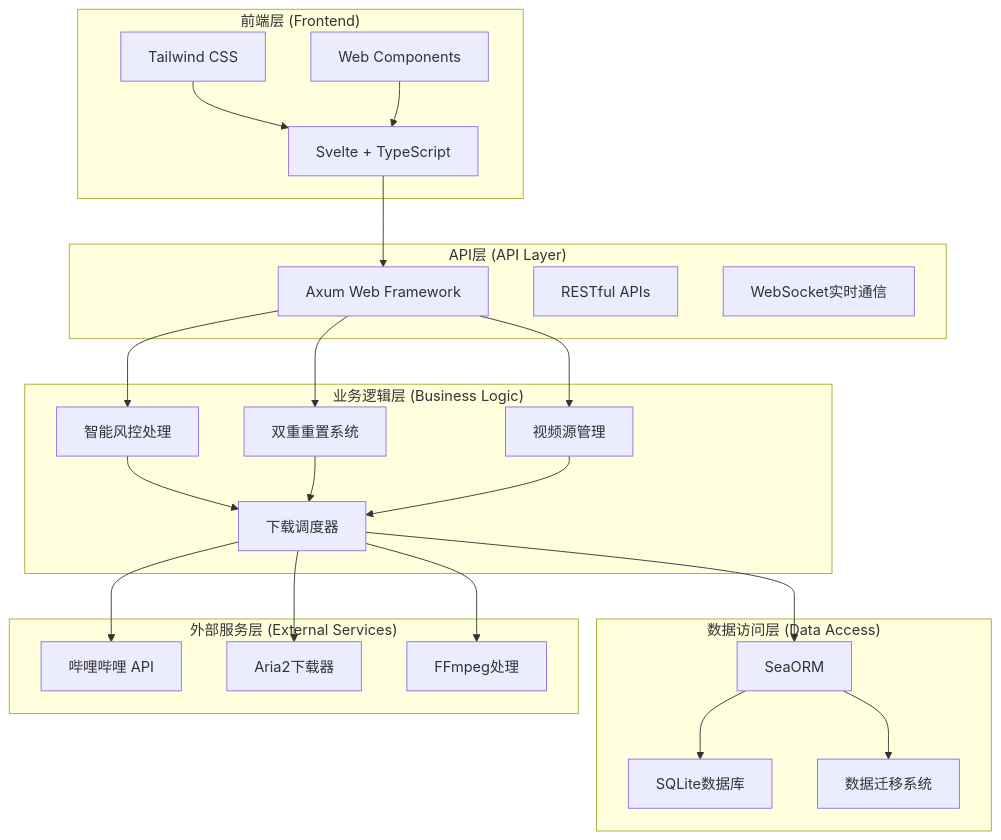
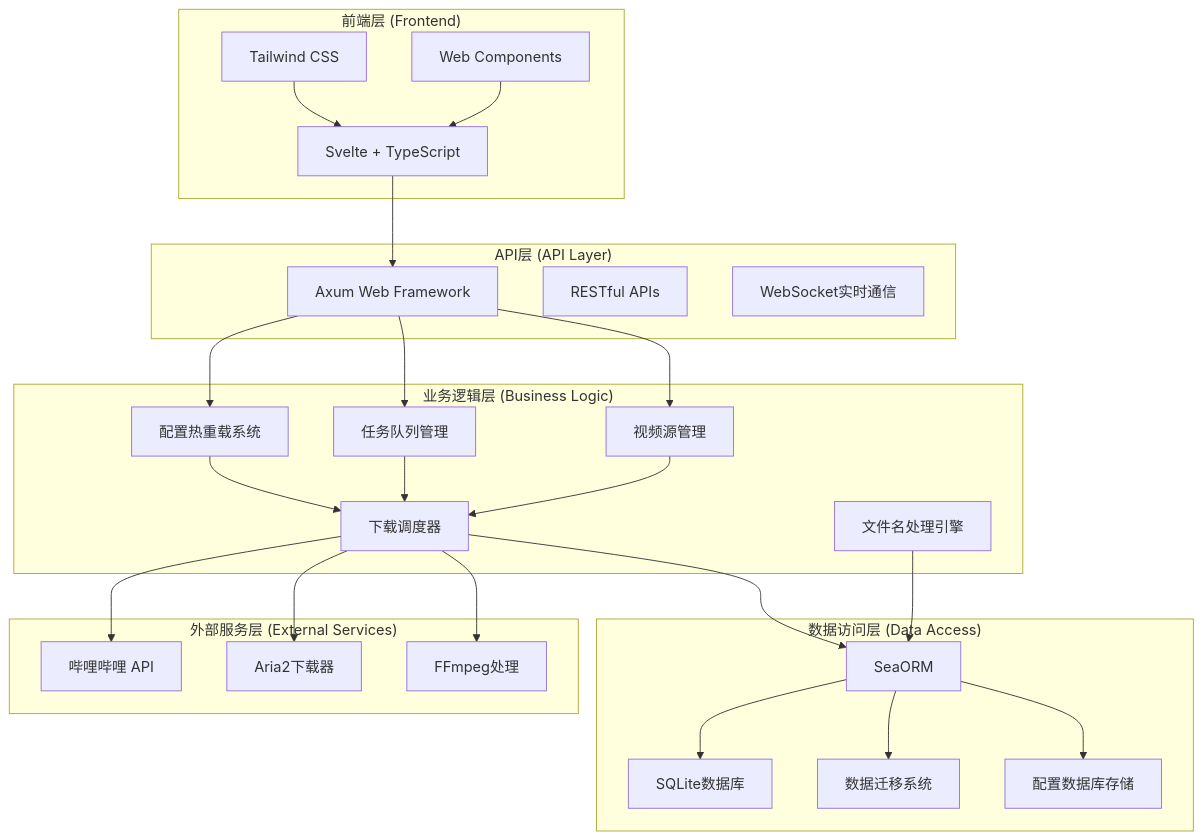
One commit to tonylu00/bili-sync changed the first of 2 diagrams in docs/technical-architecture.md. Above: the diagram before and after it, drawn with Mermaid. The commit also changed other lines of this file and 6 other files, not shown here.

````diff
--- a/docs/technical-architecture.md
+++ b/docs/technical-architecture.md
@@ -14,49 +14,53 @@
 ```mermaid
 graph TB
     subgraph "前端层 (Frontend)"
         A[Svelte + TypeScript]
         B[Tailwind CSS]
         C[Web Components]
     end
     
     subgraph "API层 (API Layer)"
         D[Axum Web Framework]
         E[RESTful APIs]
         F[WebSocket实时通信]
     end
     
     subgraph "业务逻辑层 (Business Logic)"
-        G[智能风控处理]
-        H[双重重置系统]
+        G[配置热重载系统]
+        H[任务队列管理]
         I[视频源管理]
         J[下载调度器]
+        K[文件名处理引擎]
     end
     
     subgraph "数据访问层 (Data Access)"
-        K[SeaORM]
-        L[SQLite数据库]
-        M[数据迁移系统]
+        L[SeaORM]
+        M[SQLite数据库]
+        N[数据迁移系统]
+        O[配置数据库存储]
     end
     
     subgraph "外部服务层 (External Services)"
-        N[哔哩哔哩 API]
-        O[Aria2下载器]
-        P[FFmpeg处理]
+        P[哔哩哔哩 API]
+        Q[Aria2下载器]
+        R[FFmpeg处理]
     end
     
     A --> D
     B --> A
     C --> A
     D --> G
     D --> H
     D --> I
     G --> J
     H --> J
     I --> J
-    J --> K
+    J --> L
     K --> L
-    K --> M
-    J --> N
-    J --> O
+    L --> M
+    L --> N
+    L --> O
     J --> P
+    J --> Q
+    J --> R
 ```
````
